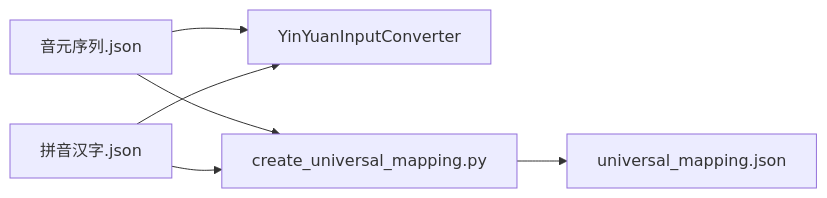
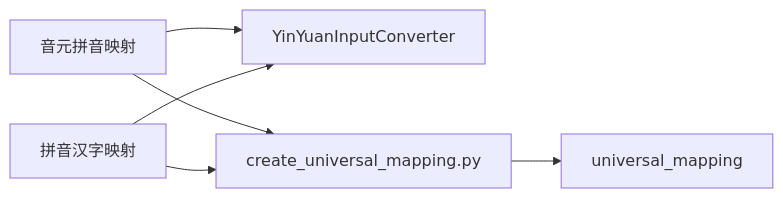
Before and after one commit to tsaanghwang/Yime-prototype: the diagram in yime/音元输入.md, drawn with Mermaid. The commit also changed 5 other files, not shown here.

````diff
--- a/yime/音元输入.md
+++ b/yime/音元输入.md
@@ -1,8 +1,8 @@
 ```mermaid
 graph LR
-A[音元序列.json] --> B[YinYuanInputConverter]
-C[拼音汉字.json] --> B
+A[音元拼音映射] --> B[YinYuanInputConverter]
+C[拼音汉字映射] --> B
 A --> D[create_universal_mapping.py]
 C --> D
-D --> E[universal_mapping.json]
+D --> E[universal_mapping]
 ```
````
